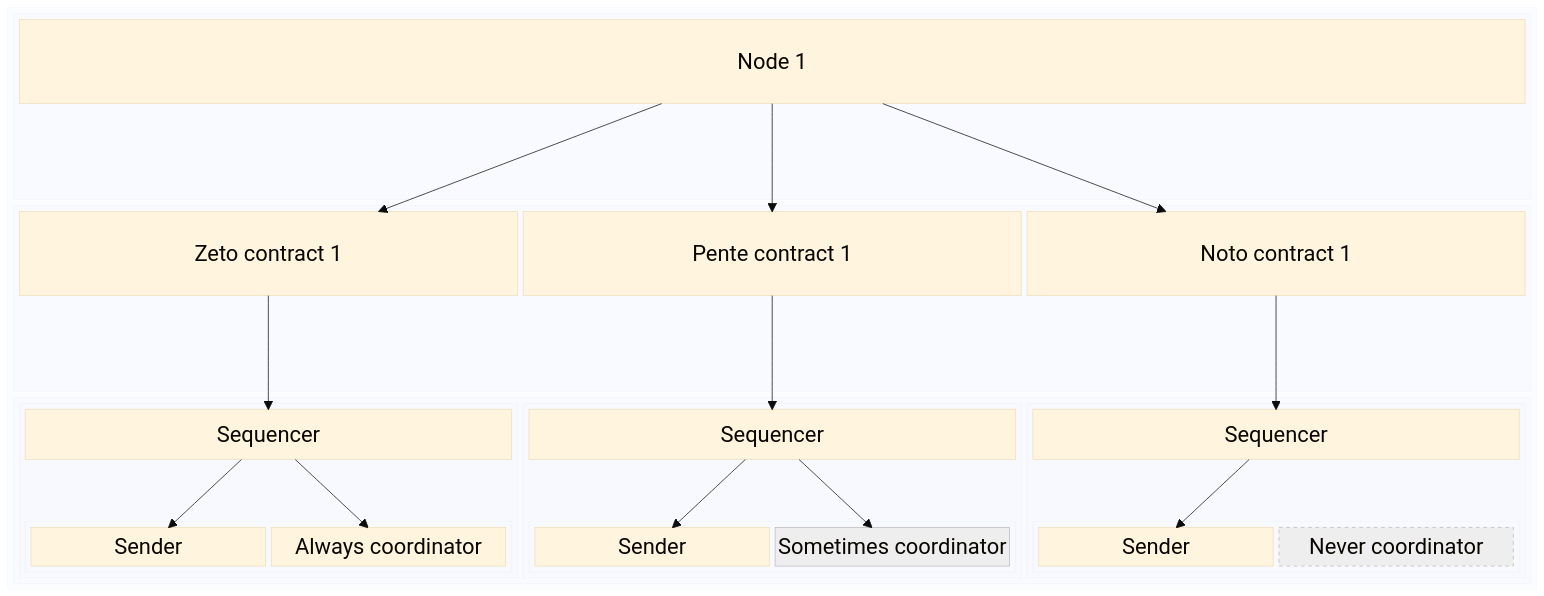
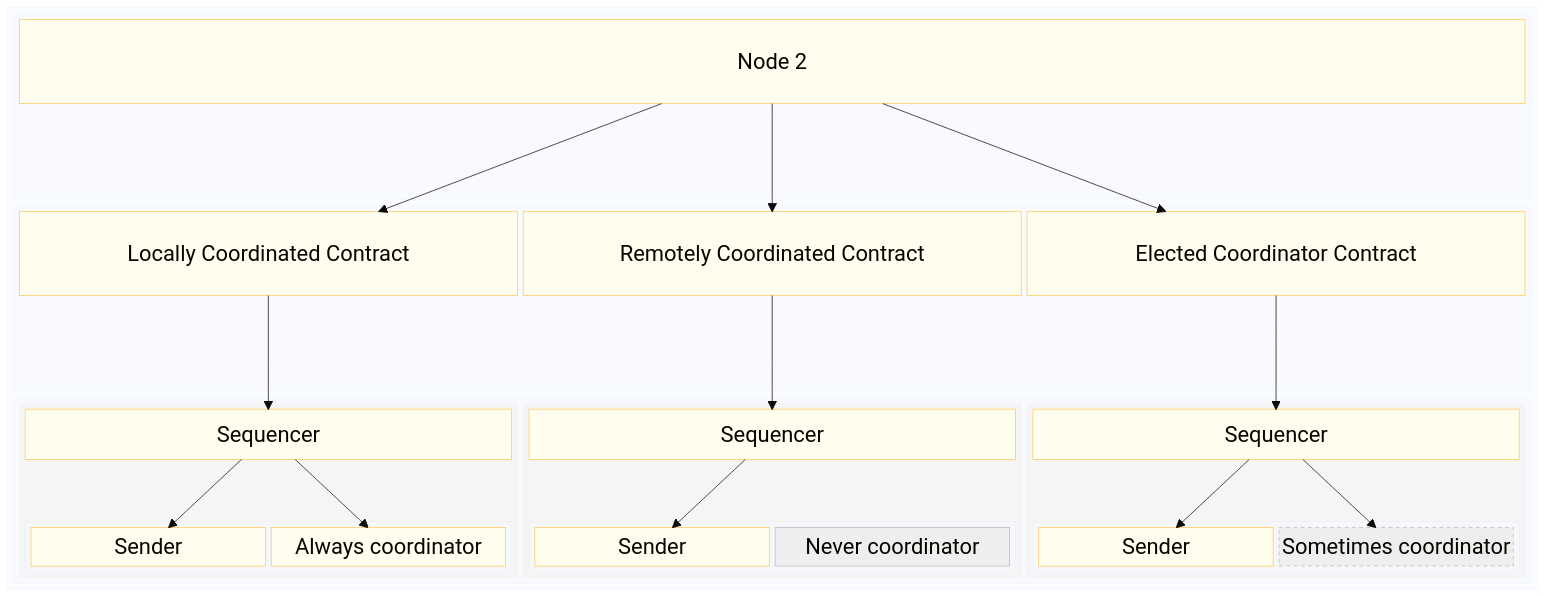
One commit to matthew1001/paladin changed the third of 8 diagrams in doc-site/docs/architecture/distributed_sequencer.md. Above: the diagram before and after it, drawn with Mermaid. The commit also changed other lines of this file and 1 other file, not shown here.

Commit message:
Add zoomable plugin for mermaid diagrams

````diff
--- a/doc-site/docs/architecture/distributed_sequencer.md
+++ b/doc-site/docs/architecture/distributed_sequencer.md
@@ -275,67 +281,81 @@
 ```mermaid
 %%{init: {'theme': 'base', 'themeVariables': { 'fontSize': '30px'}}}%%
 block-beta
     block:domain
       columns 1
       block:nodes
         columns 1
-        node1["Node 1"]
+        node["Node 2"]
         space
       end
       block:nodecontracts
         columns 3
-        domainContract1["Zeto contract 1"]
-        domainContract2["Pente contract 1"]
-        domainContract3["Noto contract 1"]
+        domainContract1["Locally Coordinated Contract"]
+        domainContract2["Remotely Coordinated Contract"]
+        domainContract3["Elected Coordinator Contract"]
         space
         space
         space
       end
       block:nodesequencers
         columns 3
         block:seq1
           columns 1
           sequencer1["Sequencer"]
           space
           block:comp1
             columns 2
             sender1["Sender"]
             coordinator1["Always coordinator"]
           end
         end
         block:seq2
           columns 1
           sequencer2["Sequencer"]
           space
           block:comp2
           columns 2
             sender2["Sender"]
-            coordinator2["Sometimes coordinator"]
+            coordinator2["Never coordinator"]
           end
         end
         block:seq3
           columns 1
           sequencer3["Sequencer"]
           space
           block:comp3
           columns 2
             sender3["Sender"]
-            coordinator3["Never coordinator"]
+            coordinator3["Sometimes coordinator"]
           end
         end
       end
   end
-  node1 --> domainContract1
-  node1 --> domainContract2
-  node1 --> domainContract3
+  node --> domainContract1
+  node --> domainContract2
+  node --> domainContract3
   domainContract1 --> sequencer1
   domainContract2 --> sequencer2
   domainContract3 --> sequencer3
   sequencer1 --> sender1
   sequencer1 --> coordinator1
   sequencer2 --> sender2
-  sequencer2 --> coordinator2
   sequencer3 --> sender3
+  sequencer3 --> coordinator3
   style coordinator2 fill:#eeeeee,stroke:#bbbbbb
   style coordinator3 fill:#eeeeee,stroke:#bbbbbb,stroke-dasharray: 5 5
+  style seq1 fill:#f5f5f5,stroke:#f5f5f5
+  style seq2 fill:#f5f5f5,stroke:#f5f5f5
+  style seq3 fill:#f5f5f5,stroke:#f5f5f5
+  style node fill:#fffdee,stroke:#ffca58
+  style sequencer1 fill:#fffdee,stroke:#ffca58
+  style sequencer2 fill:#fffdee,stroke:#ffca58
+  style sequencer3 fill:#fffdee,stroke:#ffca58
+  style sender1 fill:#fffdee,stroke:#ffca58
+  style sender2 fill:#fffdee,stroke:#ffca58
+  style sender3 fill:#fffdee,stroke:#ffca58
+  style coordinator1 fill:#fffdee,stroke:#ffca58
+  style domainContract1 fill:#fffdee,stroke:#ffca58
+  style domainContract2 fill:#fffdee,stroke:#ffca58
+  style domainContract3 fill:#fffdee,stroke:#ffca58
 ```
````
